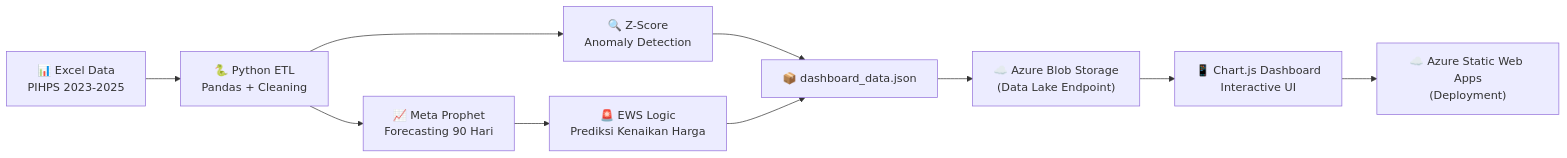
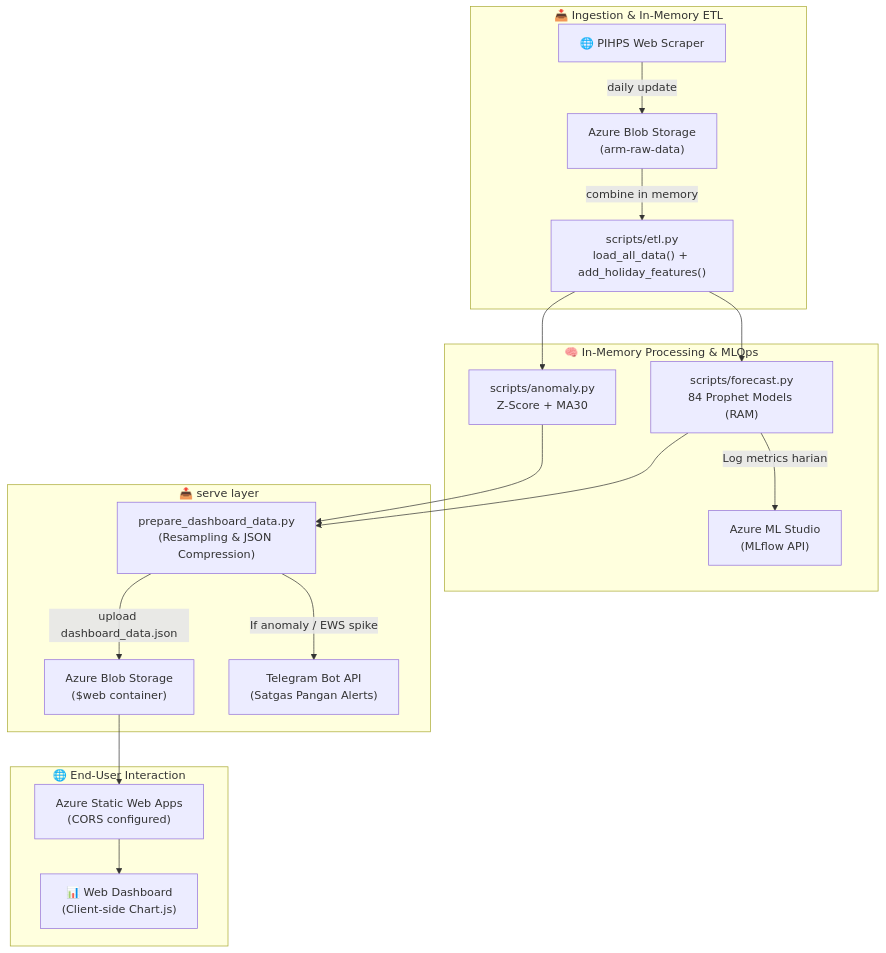
One commit to aceh-resilience-monitor/Aceh-Resilience-Monitor changed the diagram in README.md. Above: the diagram before and after it, drawn with Mermaid. The commit also changed other lines of this file and 52 other files, not shown here.

````diff
--- a/README.md
+++ b/README.md
@@ -35,12 +75,24 @@
 ```mermaid
-graph LR
-    A["📊 Excel Data<br/>PIHPS 2023-2025"] --> B["🐍 Python ETL<br/>Pandas + Cleaning"]
-    B --> C["📈 Meta Prophet<br/>Forecasting 90 Hari"]
-    B --> D["🔍 Z-Score<br/>Anomaly Detection"]
-    C --> E["🚨 EWS Logic<br/>Prediksi Kenaikan Harga"]
-    D --> F["📦 dashboard_data.json"]
-    E --> F
-    F --> G["☁️ Azure Blob Storage<br/>(Data Lake Endpoint)"]
-    G --> H["📱 Chart.js Dashboard<br/>Interactive UI"]
-    H --> I["☁️ Azure Static Web Apps<br/>(Deployment)"]
+flowchart TB
+    subgraph INGESTION ["📥 Ingestion & In-Memory ETL"]
+        A1["🌐 PIHPS Web Scraper"] -->|daily update| B1["Azure Blob Storage<br/>(arm-raw-data)"]
+        B1 -->|combine in memory| C1["scripts/etl.py<br/>load_all_data() + add_holiday_features()"]
+    end
+
+    subgraph ANALYTICS ["🧠 In-Memory Processing & MLOps"]
+        C1 --> D1["scripts/anomaly.py<br/>Z-Score + MA30"]
+        C1 --> D2["scripts/forecast.py<br/>84 Prophet Models (RAM)"]
+        D2 -->|Log metrics harian| E1["Azure ML Studio<br/>(MLflow API)"]
+    end
+
+    subgraph OUTPUT ["📤 serve layer"]
+        D1 & D2 --> F1["prepare_dashboard_data.py<br/>(Resampling & JSON Compression)"]
+        F1 -->|upload dashboard_data.json| G1["Azure Blob Storage<br/>($web container)"]
+        F1 -->|If anomaly / EWS spike| H1["Telegram Bot API<br/>(Satgas Pangan Alerts)"]
+    end
+
+    subgraph CONSUMER ["🌐 End-User Interaction"]
+        G1 --> I1["Azure Static Web Apps<br/>(CORS configured)"]
+        I1 --> J1["📊 Web Dashboard<br/>(Client-side Chart.js)"]
+    end
 ```
````
